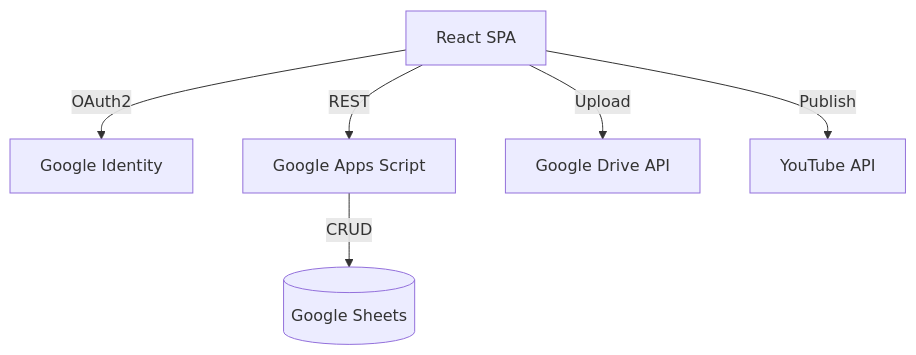
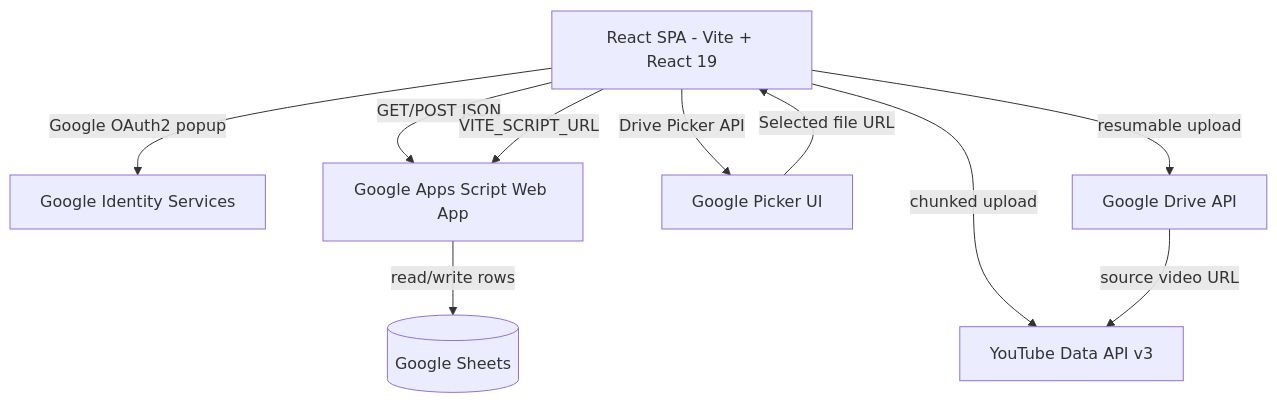
One commit to 0utLawzz/MG-YT-Dashboard changed the diagram in ARCHITECTURE.md. Above: the diagram before and after it, drawn with Mermaid. The commit also changed other lines of this file and 27 other files, not shown here.

Commit message:
feat: Drive picker, fix review previews, remove Flask tool, expand analytics, update docs, and resolve linting

````diff
--- a/ARCHITECTURE.md
+++ b/ARCHITECTURE.md
@@ -7,8 +11,13 @@
 ```mermaid
 graph TD
-    Browser[React SPA] -->|OAuth2| Google[Google Identity]
-    Browser -->|REST| GAS[Google Apps Script]
-    GAS -->|CRUD| Sheet[(Google Sheets)]
-    Browser -->|Upload| Drive[Google Drive API]
-    Browser -->|Publish| YouTube[YouTube API]
+    Browser[React SPA - Vite + React 19]
+    Browser -->|Google OAuth2 popup| GIS[Google Identity Services]
+    Browser -->|GET/POST JSON| GAS[Google Apps Script Web App]
+    GAS -->|read/write rows| Sheets[(Google Sheets)]
+    Browser -->|Drive Picker API| Picker[Google Picker UI]
+    Picker -->|Selected file URL| Browser
+    Browser -->|resumable upload| DriveAPI[Google Drive API]
+    Browser -->|chunked upload| YT[YouTube Data API v3]
+    DriveAPI -->|source video URL| YT
+    Browser -->|VITE_SCRIPT_URL| GAS
 ```
````
